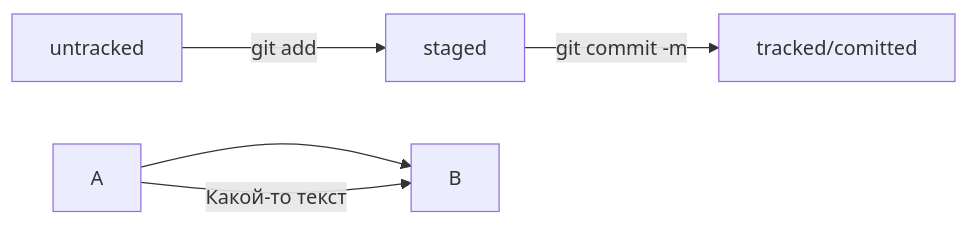
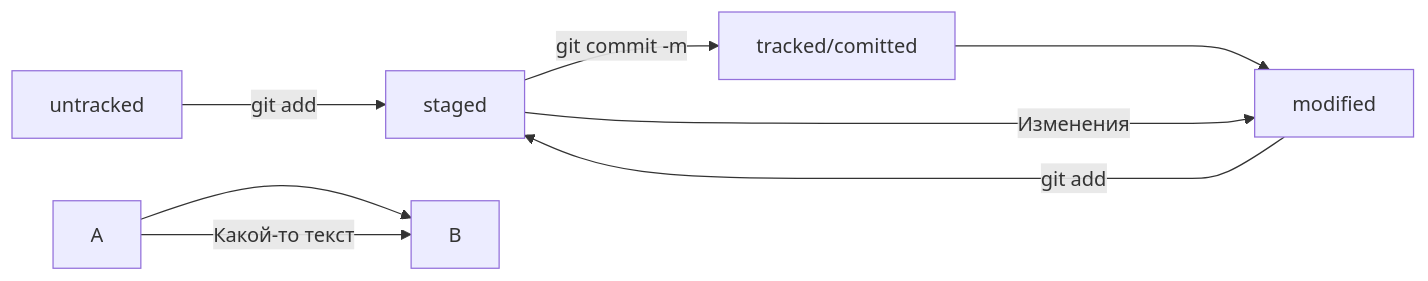
Before and after one commit to Djogger/git-hints: the diagram in README.md, drawn with Mermaid.

Commit message:
Добавить код для схемы.

````diff
--- a/README.md
+++ b/README.md
@@ -7,11 +7,14 @@
 ```mermaid
 graph LR;
   untracked -- "git add" --> staged;
   staged    -- "git commit -m"     --> tracked/comitted;
+  tracked/comitted ----> modified;
+  modified -- "git add" --> staged;
+  staged -- "Изменения" --> modified;
 
 %% стрелка без текста для примера: 
   A --> B;
 
 %% стрелка с текстом для примера: 
   A -- "Какой-то текст" --> B;  
 ``` 
````
